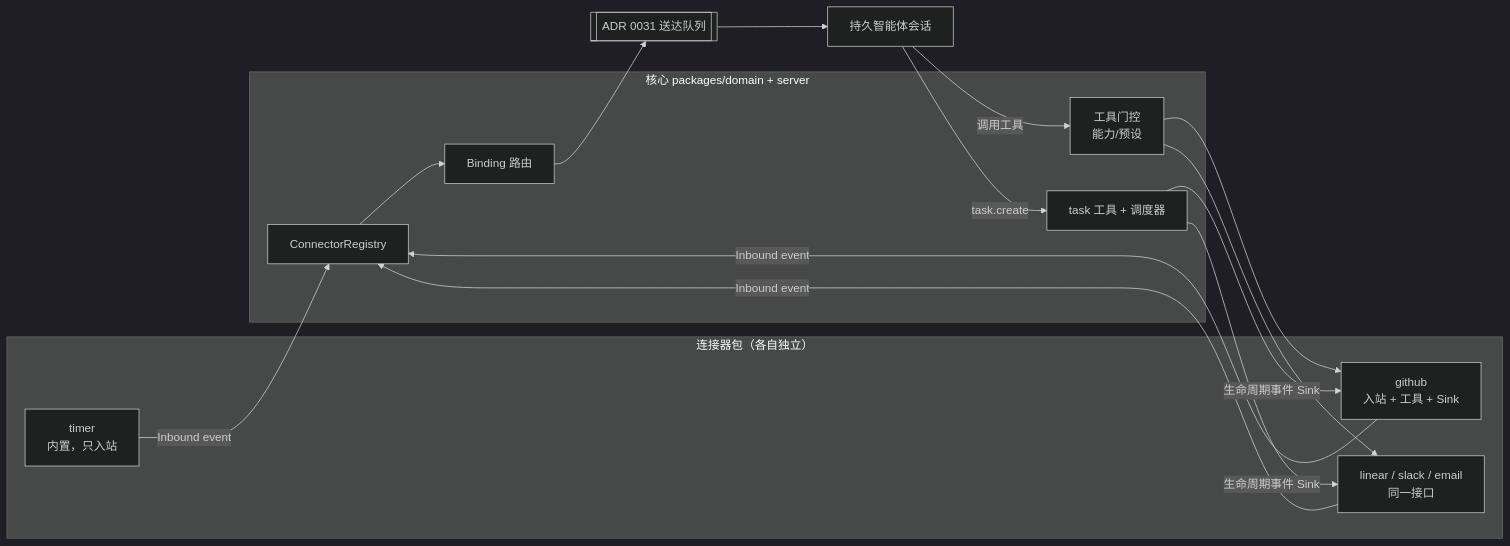
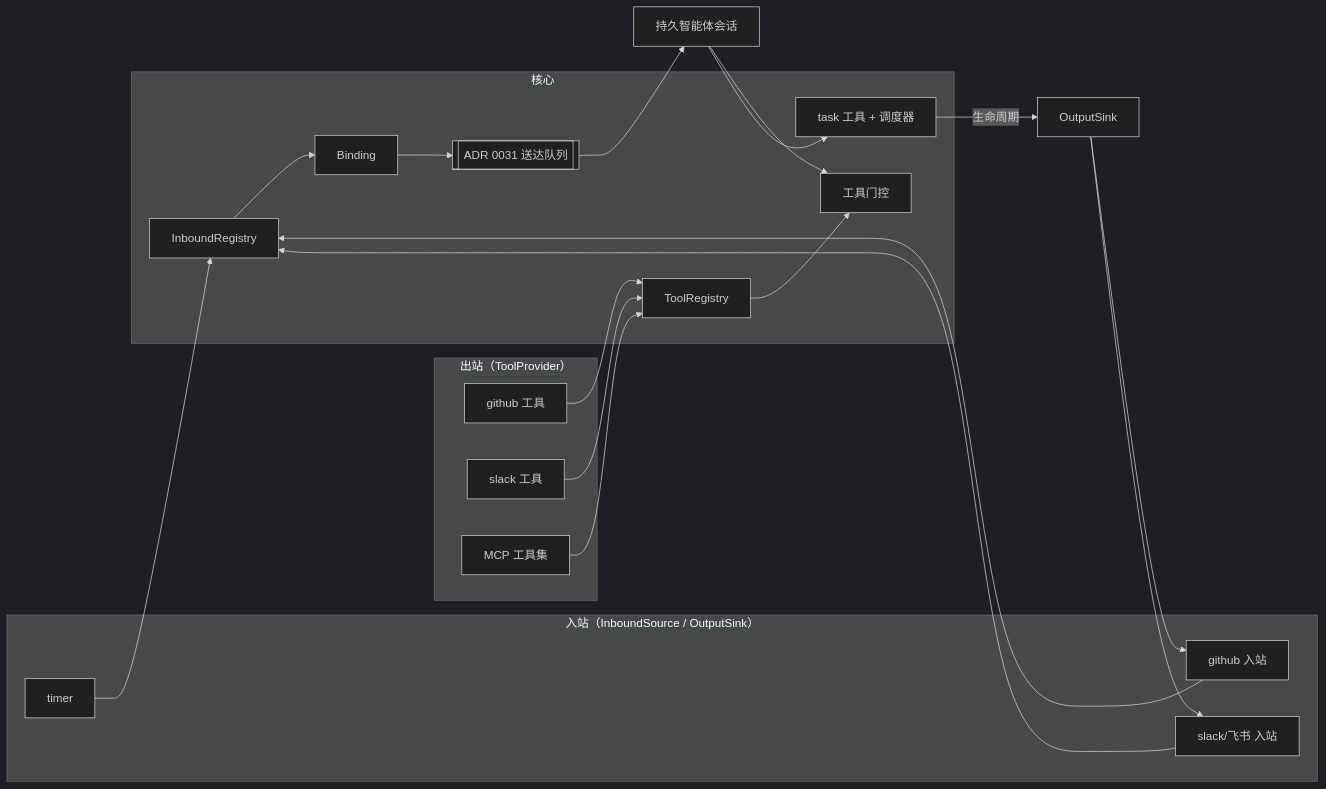
Before and after one commit to qdw497874677/agent-hub: the diagram in docs/adr/0032-router.md, drawn with Mermaid (dark theme). The commit also changed other lines of this file, not shown here.

Commit message:
docs: ADR 0032 连接器拆为独立的入站与出站两半

````diff
--- a/docs/adr/0032-router.md
+++ b/docs/adr/0032-router.md
@@ -25,20 +26,25 @@
 ```mermaid
 flowchart LR
-  subgraph conn["连接器包（各自独立）"]
-    TM[timer<br/>内置，只入站]
-    GH[github<br/>入站 + 工具 + Sink]
-    LN[linear / slack / email<br/>同一接口]
+  subgraph in["入站（InboundSource / OutputSink）"]
+    TM[timer]
+    GHI[github 入站]
+    IMI[slack/飞书 入站]
   end
-  subgraph core["核心 packages/domain + server"]
-    REG[ConnectorRegistry]
-    BIND[Binding 路由]
-    GATE[工具门控<br/>能力/预设]
+  subgraph out["出站（ToolProvider）"]
+    GHT[github 工具]
+    IMT[slack 工具]
+    MCP[MCP 工具集]
+  end
+  subgraph core["核心"]
+    SR[InboundRegistry] --> BIND[Binding] --> Q[[ADR 0031 送达队列]]
+    TR[ToolRegistry] --> GATE[工具门控]
     TASK[task 工具 + 调度器]
   end
-  Q[[ADR 0031 送达队列]]
   AG[持久智能体会话]
-  TM & GH & LN -->|Inbound event| REG --> BIND --> Q --> AG
-  AG -->|调用工具| GATE --> GH & LN
-  AG -->|task.create| TASK
-  TASK -->|生命周期事件 Sink| GH & LN
+  TM & GHI & IMI --> SR
+  Q --> AG
+  AG --> GATE
+  GHT & IMT & MCP --> TR
+  AG --> TASK
+  TASK -->|生命周期| SINK[OutputSink] --> GHI & IMI
 ```
````
